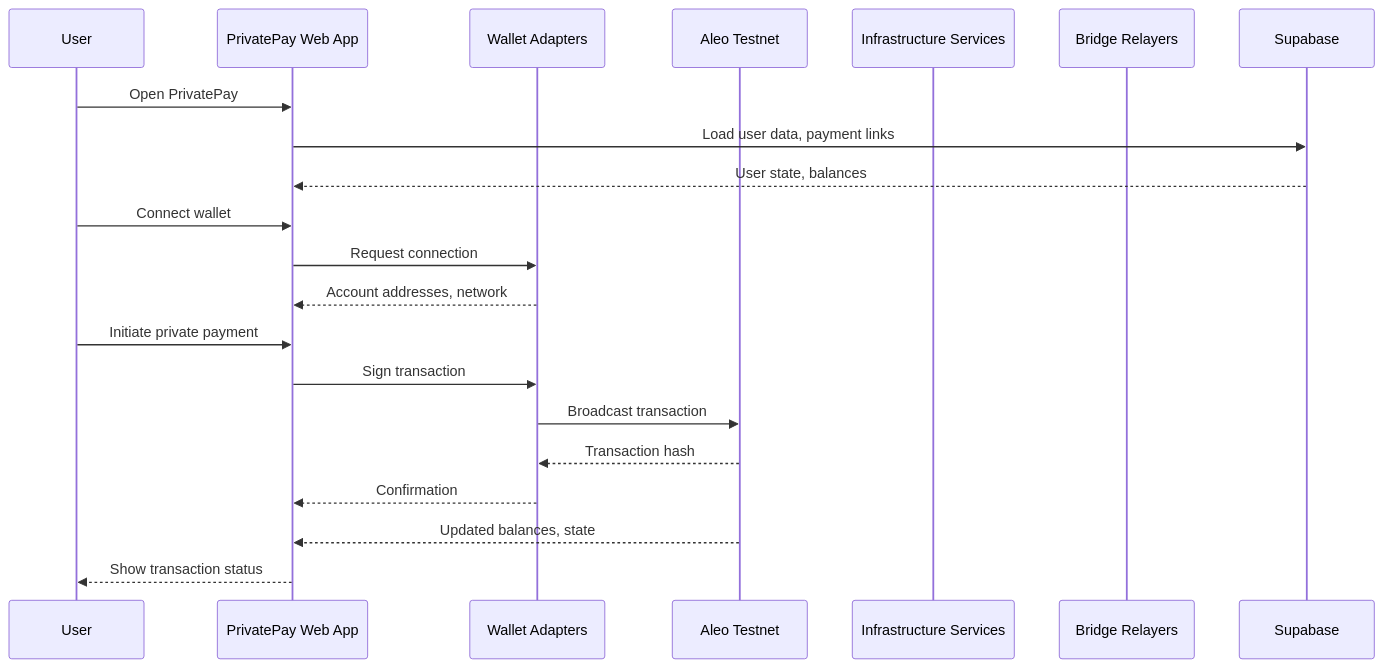
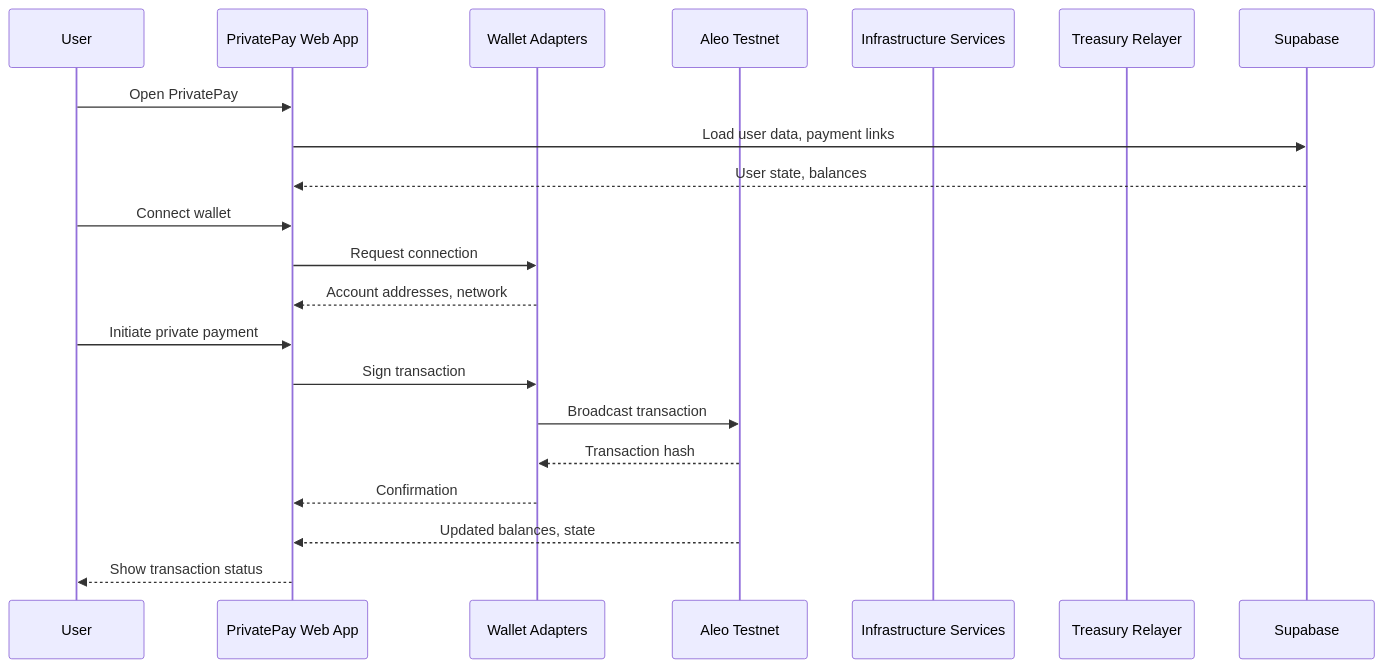
The fifth of 6 diagrams in README.md (AmaanSayyad/PrivatePay-Aleo), drawn with Mermaid before and after one commit. The commit also changed other lines of this file and 12 other files, not shown here.

````diff
--- a/README.md
+++ b/README.md
@@ -344,26 +342,26 @@
 ```mermaid
 sequenceDiagram
   participant User
   participant UI as PrivatePay Web App
   participant Wallet as Wallet Adapters
   participant Chain as Aleo Testnet
   participant Infra as Infrastructure Services
-  participant Relayer as Bridge Relayers
+  participant Relayer as Treasury Relayer
 
   User->>UI: Open PrivatePay
   UI->>Supabase: Load user data, payment links
   Supabase-->>UI: User state, balances
 
   User->>UI: Connect wallet
   UI->>Wallet: Request connection
   Wallet-->>UI: Account addresses, network
 
   User->>UI: Initiate private payment
   UI->>Wallet: Sign transaction
   Wallet->>Chain: Broadcast transaction
   Chain-->>Wallet: Transaction hash
   Wallet-->>UI: Confirmation
 
   Chain-->>UI: Updated balances, state
   UI-->>User: Show transaction status
 ```
````
